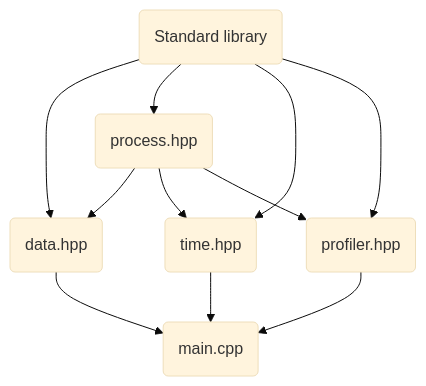
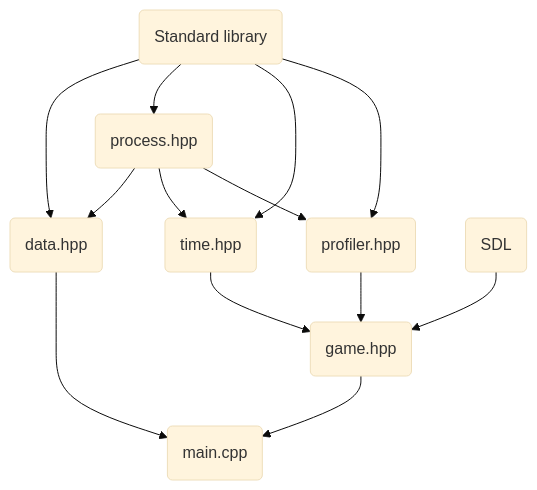
Before and after one commit to sibjor/ParkourRunner: the diagram in README.md, drawn with Mermaid (base theme).

Commit message:
finished

````diff
--- a/README.md
+++ b/README.md
@@ -11,12 +11,13 @@
 ```mermaid
 flowchart TD
-    A(Standard library) --> B(data.hpp) --> G(main.cpp)
+    A(Standard library) --> B(data.hpp) --> H(main.cpp)
     A --> C(process.hpp)
     A --> E(time.hpp) --> G
     A --> F(profiler.hpp) --> G
     C --> B
     C --> E
     C --> F
+    D(SDL) --> G(game.hpp) --> H
     
     
 ```
````
